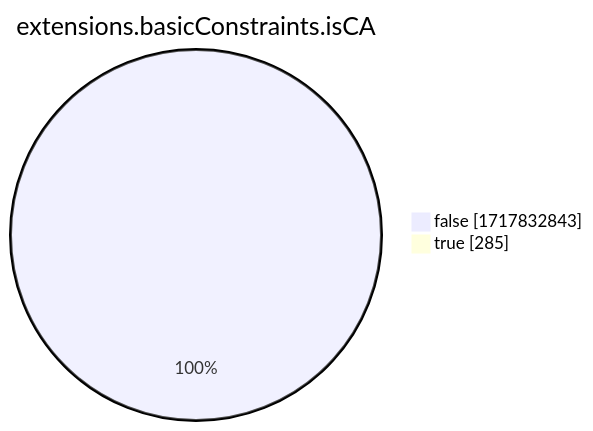
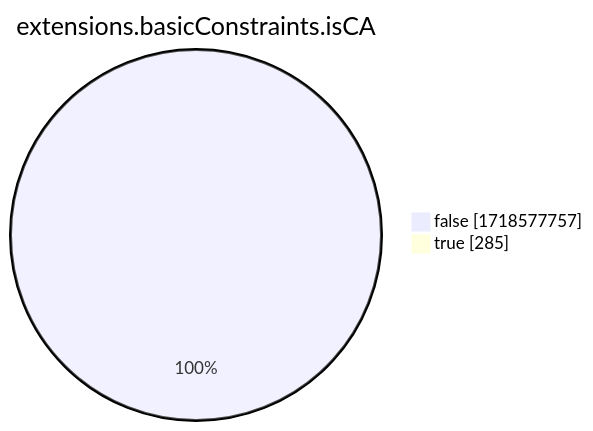
Before and after one commit to christiankrug/ctmonitor_visualization: the eighth of 15 diagrams in xenon2022/README.md, drawn with Mermaid. The commit also changed other lines of this file, not shown here.

````diff
--- a/xenon2022/README.md
+++ b/xenon2022/README.md
@@ -2866,6 +2866,6 @@
 ```mermaid
 pie showData
 title extensions.basicConstraints.isCA
-"false" :1717832843
+"false" :1718577757
 "true" :285
 ```
````
